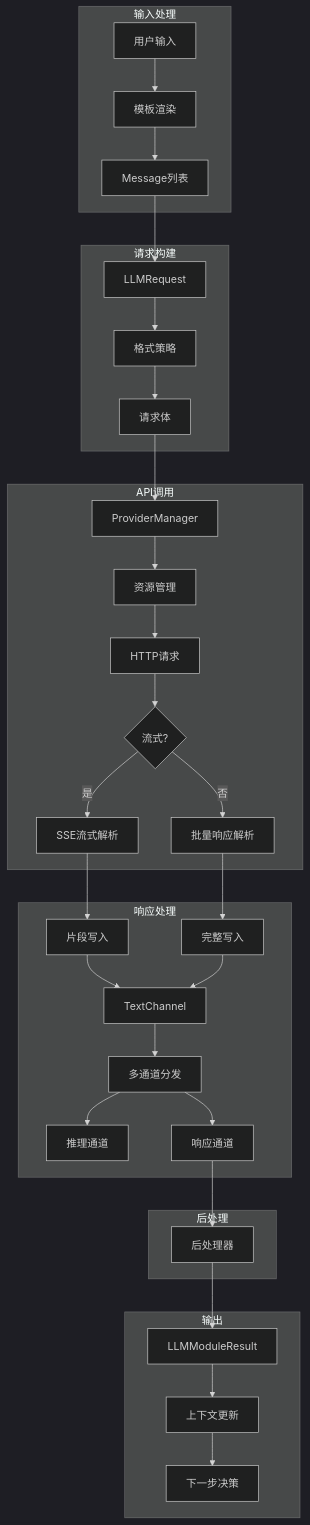
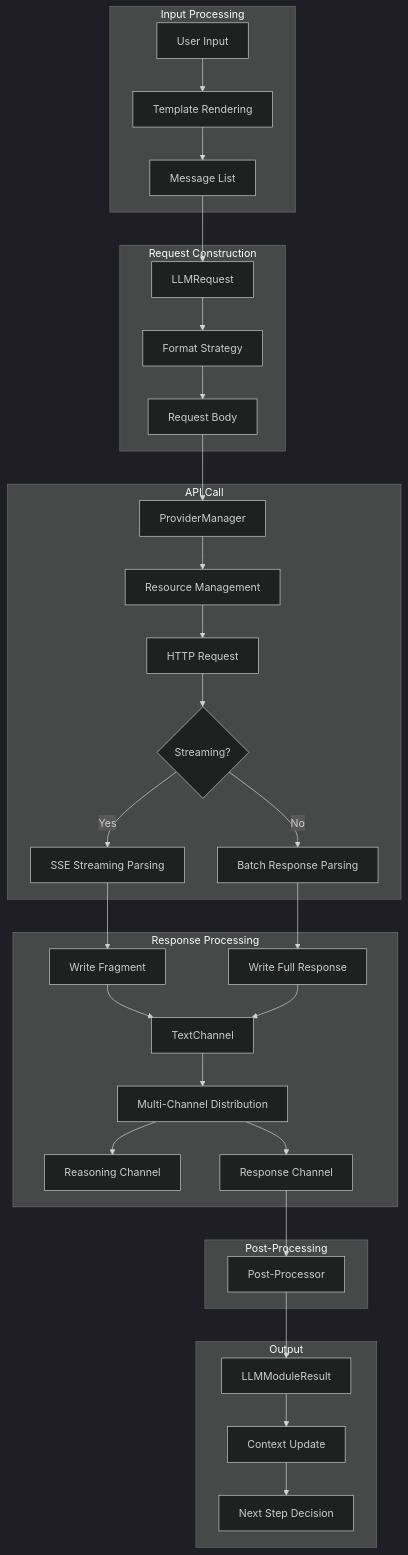
The second of 3 diagrams in README.md (gumblex/aitoolman), drawn with Mermaid (dark theme) before and after one commit. The commit also changed other lines of this file and 11 other files, not shown here.

````diff
--- a/README.md
+++ b/README.md
@@ -94,46 +94,46 @@
 ```mermaid
 flowchart TD
-    subgraph "输入处理"
-        USER[用户输入] --> TEMPLATE[模板渲染]
-        TEMPLATE --> MESSAGES[Message列表]
+    subgraph "Input Processing"
+        USER[User Input] --> TEMPLATE[Template Rendering]
+        TEMPLATE --> MESSAGES[Message List]
     end
     
-    subgraph "请求构建"
+    subgraph "Request Construction"
         MESSAGES --> REQUEST[LLMRequest]
-        REQUEST --> FORMAT[格式策略]
-        FORMAT --> REQ_BODY[请求体]
+        REQUEST --> FORMAT[Format Strategy]
+        FORMAT --> REQ_BODY[Request Body]
     end
     
-    subgraph "API调用"
+    subgraph "API Call"
         REQ_BODY --> PROVIDER[ProviderManager]
-        PROVIDER --> RESOURCE[资源管理]
-        RESOURCE --> HTTP[HTTP请求]
-        HTTP --> STREAM{流式?}
+        PROVIDER --> RESOURCE[Resource Management]
+        RESOURCE --> HTTP[HTTP Request]
+        HTTP --> STREAM{Streaming?}
         
-        STREAM -->|是| SSE[SSE流式解析]
-        STREAM -->|否| BATCH[批量响应解析]
+        STREAM -->|Yes| SSE[SSE Streaming Parsing]
+        STREAM -->|No| BATCH[Batch Response Parsing]
     end
     
-    subgraph "响应处理"
-        SSE --> FRAGMENT[片段写入]
-        BATCH --> FULL[完整写入]
+    subgraph "Response Processing"
+        SSE --> FRAGMENT[Write Fragment]
+        BATCH --> FULL[Write Full Response]
         
         FRAGMENT --> CHANNEL[TextChannel]
         FULL --> CHANNEL
         
-        CHANNEL --> MULTI_CHANNEL[多通道分发]
+        CHANNEL --> MULTI_CHANNEL[Multi-Channel Distribution]
         
-        MULTI_CHANNEL --> REASONING[推理通道]
-        MULTI_CHANNEL --> RESPONSE[响应通道]
+        MULTI_CHANNEL --> REASONING[Reasoning Channel]
+        MULTI_CHANNEL --> RESPONSE[Response Channel]
     end
     
-    subgraph "后处理"
-        RESPONSE --> POSTPROCESS[后处理器]
+    subgraph "Post-Processing"
+        RESPONSE --> POSTPROCESS[Post-Processor]
     end
     
-    subgraph "输出"
+    subgraph "Output"
         POSTPROCESS --> RESULT[LLMModuleResult]
-        RESULT --> CONTEXT[上下文更新]
-        CONTEXT --> NEXT[下一步决策]
+        RESULT --> CONTEXT[Context Update]
+        CONTEXT --> NEXT[Next Step Decision]
     end
 ```
````
